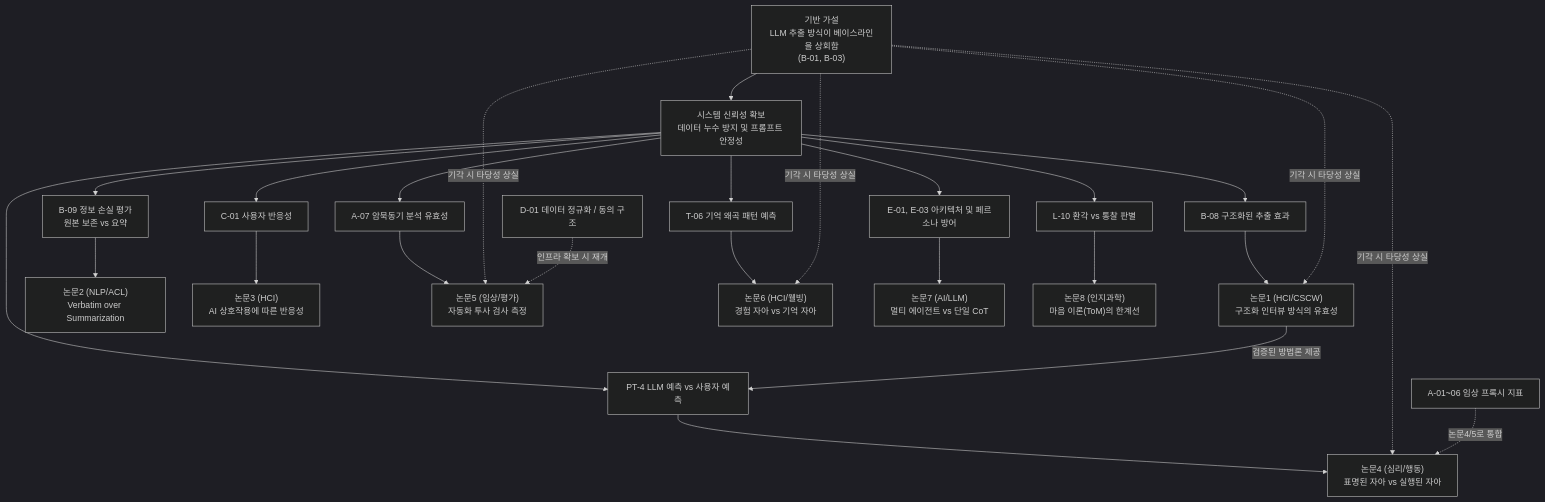
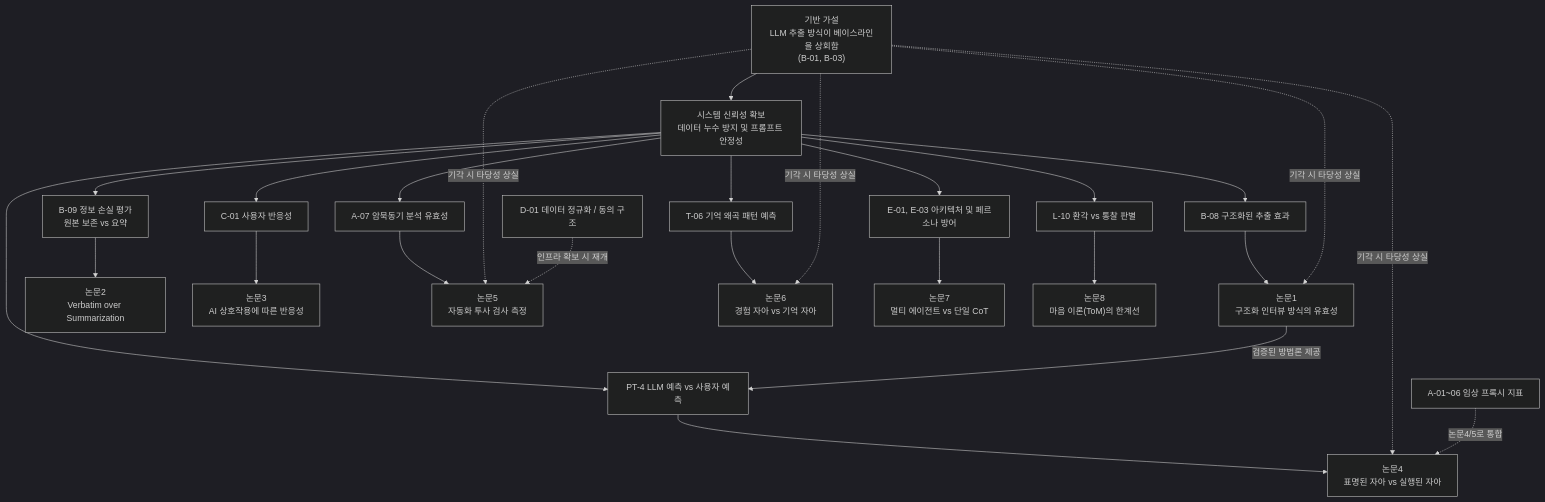
Before and after one commit to YiTanJang/extracting-the-human-mind: the diagram in 논문 전략.md, drawn with Mermaid (dark theme). The commit also changed other lines of this file, not shown here.

````diff
--- a/논문 전략.md
+++ b/논문 전략.md
@@ -27,35 +27,35 @@
 ```mermaid
 graph TD
     R0["기반 가설<br/>LLM 추출 방식이 베이스라인을 상회함<br/>(B-01, B-03)"]
     FND["시스템 신뢰성 확보<br/>데이터 누수 방지 및 프롬프트 안정성"]
     R0 --> FND
 
     %% 주요 연구
-    K1["B-08 구조화된 추출 효과"] --> P1["논문1 (HCI/CSCW)<br/>구조화 인터뷰 방식의 유효성"]
-    K2["B-09 정보 손실 평가<br/>원본 보존 vs 요약"] --> P2["논문2 (NLP/ACL)<br/>Verbatim over Summarization"]
+    K1["B-08 구조화된 추출 효과"] --> P1["논문1<br/>구조화 인터뷰 방식의 유효성"]
+    K2["B-09 정보 손실 평가<br/>원본 보존 vs 요약"] --> P2["논문2<br/>Verbatim over Summarization"]
 
     %% 독립 연구
-    K3["C-01 사용자 반응성"] --> P3["논문3 (HCI)<br/>AI 상호작용에 따른 반응성"]
+    K3["C-01 사용자 반응성"] --> P3["논문3<br/>AI 상호작용에 따른 반응성"]
 
     %% 후속 연구 (기반 가설 의존)
-    K4["PT-4 LLM 예측 vs 사용자 예측"] --> P4["논문4 (심리/행동)<br/>표명된 자아 vs 실행된 자아"]
-    K5["A-07 암묵동기 분석 유효성"] --> P5["논문5 (임상/평가)<br/>자동화 투사 검사 측정"]
-    K6["T-06 기억 왜곡 패턴 예측"] --> P6["논문6 (HCI/웰빙)<br/>경험 자아 vs 기억 자아"]
+    K4["PT-4 LLM 예측 vs 사용자 예측"] --> P4["논문4<br/>표명된 자아 vs 실행된 자아"]
+    K5["A-07 암묵동기 분석 유효성"] --> P5["논문5<br/>자동화 투사 검사 측정"]
+    K6["T-06 기억 왜곡 패턴 예측"] --> P6["논문6<br/>경험 자아 vs 기억 자아"]
 
-    %% 신규 연구 (엔지니어링/인지과학)
-    K7["E-01, E-03 아키텍처 및 페르소나 방어"] --> P7["논문7 (AI/LLM)<br/>멀티 에이전트 vs 단일 CoT"]
-    K8["L-10 환각 vs 통찰 판별"] --> P8["논문8 (인지과학)<br/>마음 이론(ToM)의 한계선"]
+    %% 신규 연구
+    K7["E-01, E-03 아키텍처 및 페르소나 방어"] --> P7["논문7<br/>멀티 에이전트 vs 단일 CoT"]
+    K8["L-10 환각 vs 통찰 판별"] --> P8["논문8<br/>마음 이론(ToM)의 한계선"]
 
     %% 보류/통합 대상
     D01["D-01 데이터 정규화 / 동의 구조"]
     CL["A-01~06 임상 프록시 지표"]
 
     FND --> K1 & K2 & K3 & K4 & K5 & K6 & K7 & K8
     R0 -.->|기각 시 타당성 상실| P1
     R0 -.->|기각 시 타당성 상실| P4
     R0 -.->|기각 시 타당성 상실| P5
     R0 -.->|기각 시 타당성 상실| P6
     P1 -->|검증된 방법론 제공| K4
     CL -.->|논문4/5로 통합| P4
     D01 -.->|인프라 확보 시 재개| P5
 ```
````
